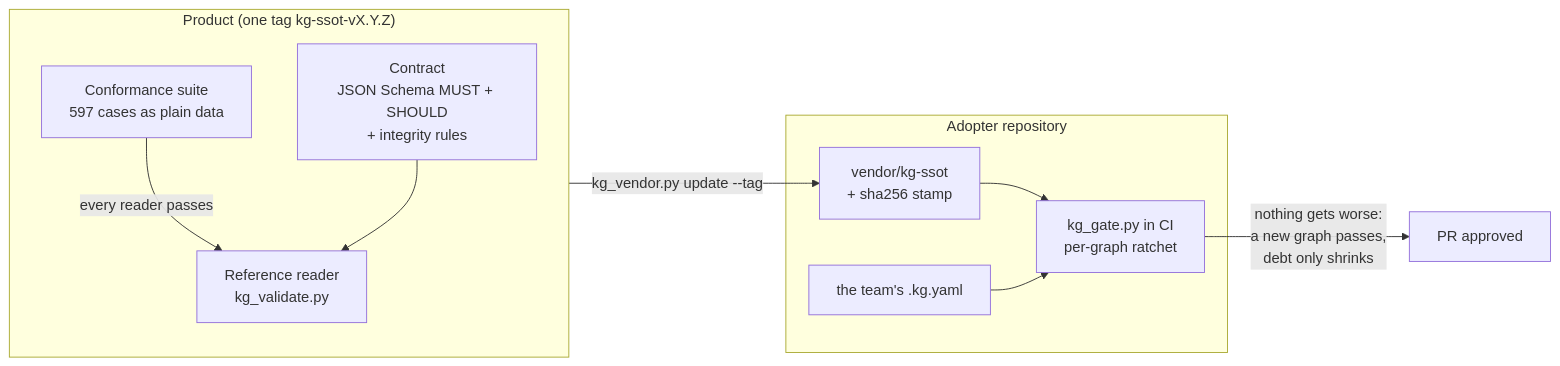
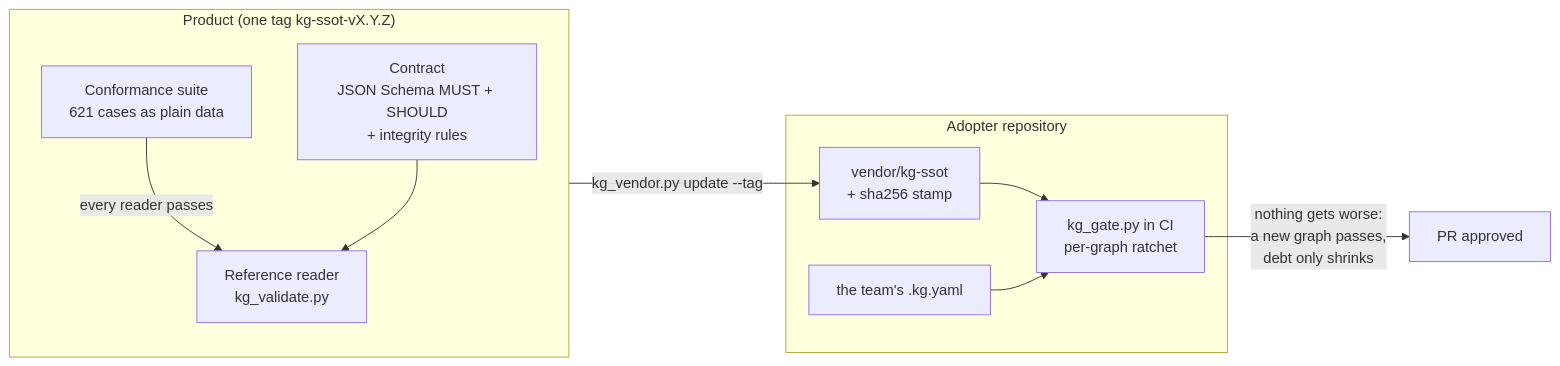
Before and after one commit to marciocar/kg-ssot: the diagram in README.md, drawn with Mermaid. The commit also changed other lines of this file and 61 other files, not shown here.

````diff
--- a/README.md
+++ b/README.md
@@ -159,19 +159,19 @@
 ```mermaid
 flowchart LR
   subgraph product["Product (one tag kg-ssot-vX.Y.Z)"]
     C["Contract<br/>JSON Schema MUST + SHOULD<br/>+ integrity rules"]
-    S["Conformance suite<br/>597 cases as plain data"]
+    S["Conformance suite<br/>621 cases as plain data"]
     R["Reference reader<br/>kg_validate.py"]
     S -- "every reader passes" --> R
     C --> R
   end
   subgraph adopter["Adopter repository"]
     V["vendor/kg-ssot<br/>+ sha256 stamp"]
     G["kg_gate.py in CI<br/>per-graph ratchet"]
     K["the team's .kg.yaml"]
     V --> G
     K --> G
   end
   product -- "kg_vendor.py update --tag" --> V
   G -- "nothing gets worse:<br/>a new graph passes,<br/>debt only shrinks" --> PR["PR approved"]
 ```
````
